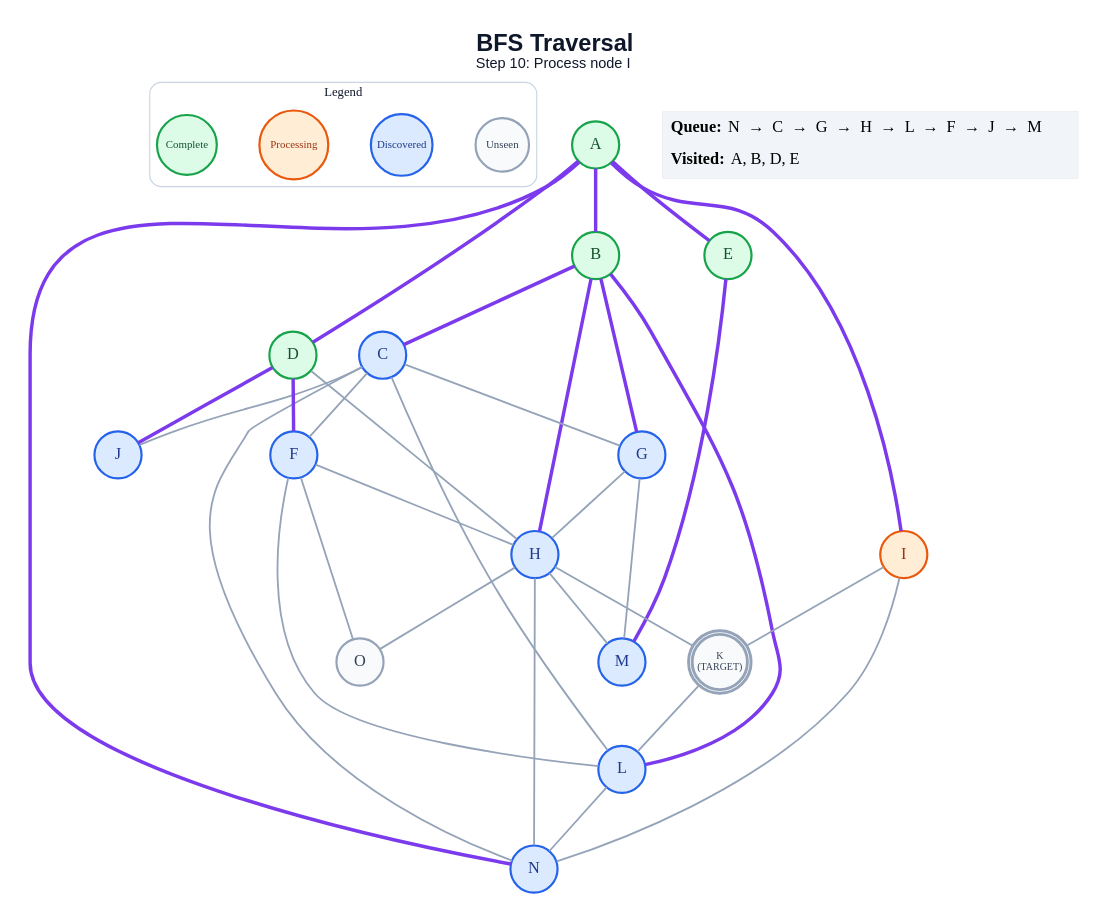
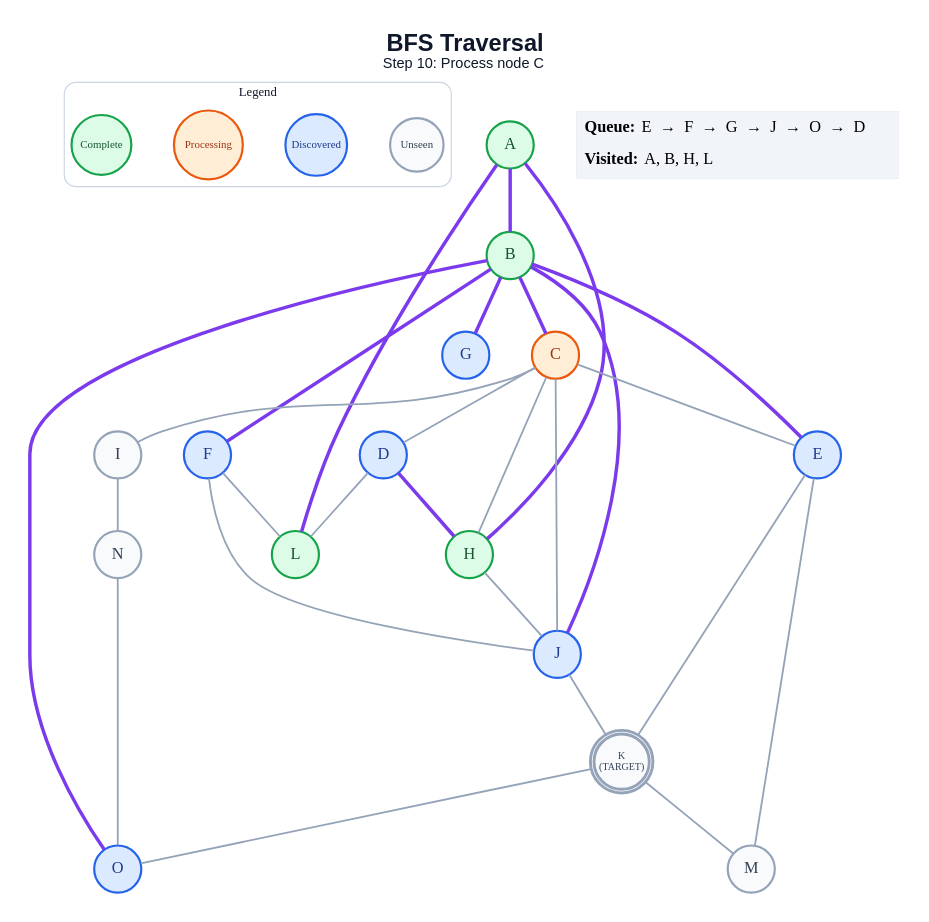
The diagram in generated/short-circuit/bfs/step_10.dot (anon7238593-create/ai-slop), drawn with Graphviz before and after one commit. The commit also changed 291 other files, not shown here.

```diff
--- a/generated/short-circuit/bfs/step_10.dot
+++ b/generated/short-circuit/bfs/step_10.dot
@@ -1,65 +1,60 @@
 graph traversal {
   graph [layout=dot, rankdir=TB, bgcolor="#FFFFFF", pad="0.35", nodesep="0.65", ranksep="0.8", fontname="Arial"];
   node [shape=circle, style="filled", fontname="Arial Bold", fontsize=18, width=0.72, fixedsize=true, penwidth=2.4];
   edge [color="#94A3B8", penwidth=2.0];
-  label=<<B>BFS Traversal</B><BR/><FONT POINT-SIZE="16">Step 10: Process node I</FONT>>; labelloc="t"; fontsize=26; fontname="Arial"; fontcolor="#0F172A";
+  label=<<B>BFS Traversal</B><BR/><FONT POINT-SIZE="16">Step 10: Process node C</FONT>>; labelloc="t"; fontsize=26; fontname="Arial"; fontcolor="#0F172A";
   subgraph cluster_legend { label="Legend"; color="#CBD5E1"; penwidth=1.2; style="rounded"; fontsize=14; fontname="Arial Bold";
     key_unseen [label="Unseen", fillcolor="#F8FAFC", color="#94A3B8", fontcolor="#334155", fontsize=12, width=0.82];
     key_frontier [label="Discovered", fillcolor="#DBEAFE", color="#2563EB", fontcolor="#1E3A8A", fontsize=12, width=0.95];
     key_current [label="Processing", fillcolor="#FFEDD5", color="#EA580C", fontcolor="#9A3412", fontsize=12, width=1.05];
     key_done [label="Complete", fillcolor="#DCFCE7", color="#16A34A", fontcolor="#14532D", fontsize=12, width=0.92];
     { rank=same; key_unseen; key_frontier; key_current; key_done; }
   }
   A [label="A", fillcolor="#DCFCE7", color="#16A34A", fontcolor="#14532D", peripheries=1, penwidth=2.4];
   B [label="B", fillcolor="#DCFCE7", color="#16A34A", fontcolor="#14532D", peripheries=1, penwidth=2.4];
-  C [label="C", fillcolor="#DBEAFE", color="#2563EB", fontcolor="#1E3A8A", peripheries=1, penwidth=2.4];
-  D [label="D", fillcolor="#DCFCE7", color="#16A34A", fontcolor="#14532D", peripheries=1, penwidth=2.4];
-  E [label="E", fillcolor="#DCFCE7", color="#16A34A", fontcolor="#14532D", peripheries=1, penwidth=2.4];
+  C [label="C", fillcolor="#FFEDD5", color="#EA580C", fontcolor="#9A3412", peripheries=1, penwidth=2.4];
+  D [label="D", fillcolor="#DBEAFE", color="#2563EB", fontcolor="#1E3A8A", peripheries=1, penwidth=2.4];
+  E [label="E", fillcolor="#DBEAFE", color="#2563EB", fontcolor="#1E3A8A", peripheries=1, penwidth=2.4];
   F [label="F", fillcolor="#DBEAFE", color="#2563EB", fontcolor="#1E3A8A", peripheries=1, penwidth=2.4];
   G [label="G", fillcolor="#DBEAFE", color="#2563EB", fontcolor="#1E3A8A", peripheries=1, penwidth=2.4];
-  H [label="H", fillcolor="#DBEAFE", color="#2563EB", fontcolor="#1E3A8A", peripheries=1, penwidth=2.4];
-  I [label="I", fillcolor="#FFEDD5", color="#EA580C", fontcolor="#9A3412", peripheries=1, penwidth=2.4];
+  H [label="H", fillcolor="#DCFCE7", color="#16A34A", fontcolor="#14532D", peripheries=1, penwidth=2.4];
+  I [label="I", fillcolor="#F8FAFC", color="#94A3B8", fontcolor="#334155", peripheries=1, penwidth=2.4];
   J [label="J", fillcolor="#DBEAFE", color="#2563EB", fontcolor="#1E3A8A", peripheries=1, penwidth=2.4];
   K [label="K\n(TARGET)", fillcolor="#F8FAFC", color="#94A3B8", fontcolor="#334155", peripheries=2, penwidth=3.2, fontsize=11, width=0.85, height=0.85];
-  L [label="L", fillcolor="#DBEAFE", color="#2563EB", fontcolor="#1E3A8A", peripheries=1, penwidth=2.4];
-  M [label="M", fillcolor="#DBEAFE", color="#2563EB", fontcolor="#1E3A8A", peripheries=1, penwidth=2.4];
-  N [label="N", fillcolor="#DBEAFE", color="#2563EB", fontcolor="#1E3A8A", peripheries=1, penwidth=2.4];
-  O [label="O", fillcolor="#F8FAFC", color="#94A3B8", fontcolor="#334155", peripheries=1, penwidth=2.4];
+  L [label="L", fillcolor="#DCFCE7", color="#16A34A", fontcolor="#14532D", peripheries=1, penwidth=2.4];
+  M [label="M", fillcolor="#F8FAFC", color="#94A3B8", fontcolor="#334155", peripheries=1, penwidth=2.4];
+  N [label="N", fillcolor="#F8FAFC", color="#94A3B8", fontcolor="#334155", peripheries=1, penwidth=2.4];
+  O [label="O", fillcolor="#DBEAFE", color="#2563EB", fontcolor="#1E3A8A", peripheries=1, penwidth=2.4];
   A -- B [color="#7C3AED", penwidth=3.8];
-  A -- D [color="#7C3AED", penwidth=3.8];
-  A -- E [color="#7C3AED", penwidth=3.8];
-  A -- I [color="#7C3AED", penwidth=3.8];
-  A -- N [color="#7C3AED", penwidth=3.8];
+  A -- H [color="#7C3AED", penwidth=3.8];
+  A -- L [color="#7C3AED", penwidth=3.8];
   B -- C [color="#7C3AED", penwidth=3.8];
+  B -- E [color="#7C3AED", penwidth=3.8];
+  B -- F [color="#7C3AED", penwidth=3.8];
   B -- G [color="#7C3AED", penwidth=3.8];
-  B -- H [color="#7C3AED", penwidth=3.8];
-  B -- L [color="#7C3AED", penwidth=3.8];
-  C -- F;
-  C -- G;
+  B -- J [color="#7C3AED", penwidth=3.8];
+  B -- O [color="#7C3AED", penwidth=3.8];
+  C -- D;
+  C -- E;
+  C -- H;
+  C -- I;
   C -- J;
-  C -- L;
-  C -- N;
-  D -- F [color="#7C3AED", penwidth=3.8];
-  D -- H;
-  D -- J [color="#7C3AED", penwidth=3.8];
-  E -- M [color="#7C3AED", penwidth=3.8];
-  F -- H;
+  D -- H [color="#7C3AED", penwidth=3.8];
+  D -- L;
+  E -- K;
+  E -- M;
+  F -- J;
   F -- L;
-  F -- O;
-  G -- H;
-  G -- M;
-  H -- K;
-  H -- M;
-  H -- N;
-  H -- O;
-  I -- K;
+  H -- J;
   I -- N;
-  K -- L;
-  L -- N;
+  J -- K;
+  K -- M;
+  K -- O;
+  N -- O;
   status [shape=plain, fixedsize=false, width=0, height=0, margin=0, label=<
     <TABLE BORDER="0" CELLBORDER="0" CELLPADDING="7" BGCOLOR="#F1F5F9">
-      <TR><TD ALIGN="LEFT"><B>Queue:</B> N  →  C  →  G  →  H  →  L  →  F  →  J  →  M</TD></TR>
-      <TR><TD ALIGN="LEFT"><B>Visited:</B> A, B, D, E</TD></TR>
+      <TR><TD ALIGN="LEFT"><B>Queue:</B> E  →  F  →  G  →  J  →  O  →  D</TD></TR>
+      <TR><TD ALIGN="LEFT"><B>Visited:</B> A, B, H, L</TD></TR>
     </TABLE>
   >];
 }
```
